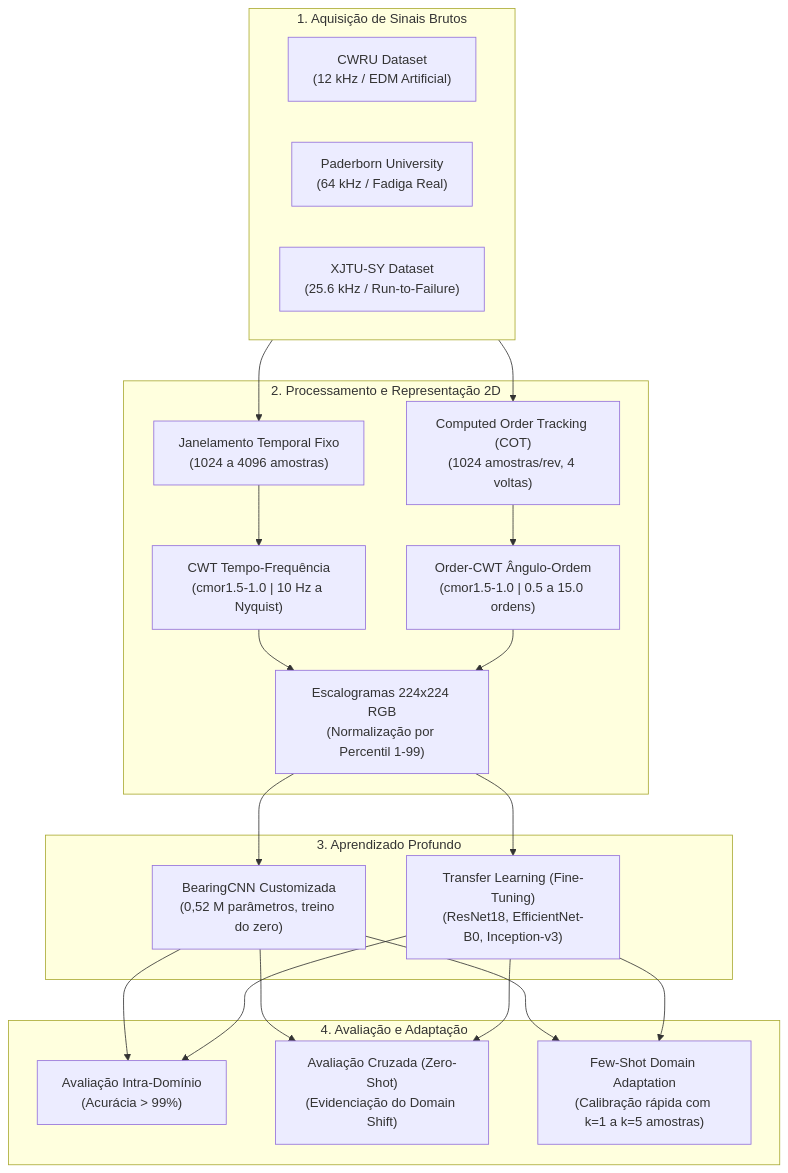
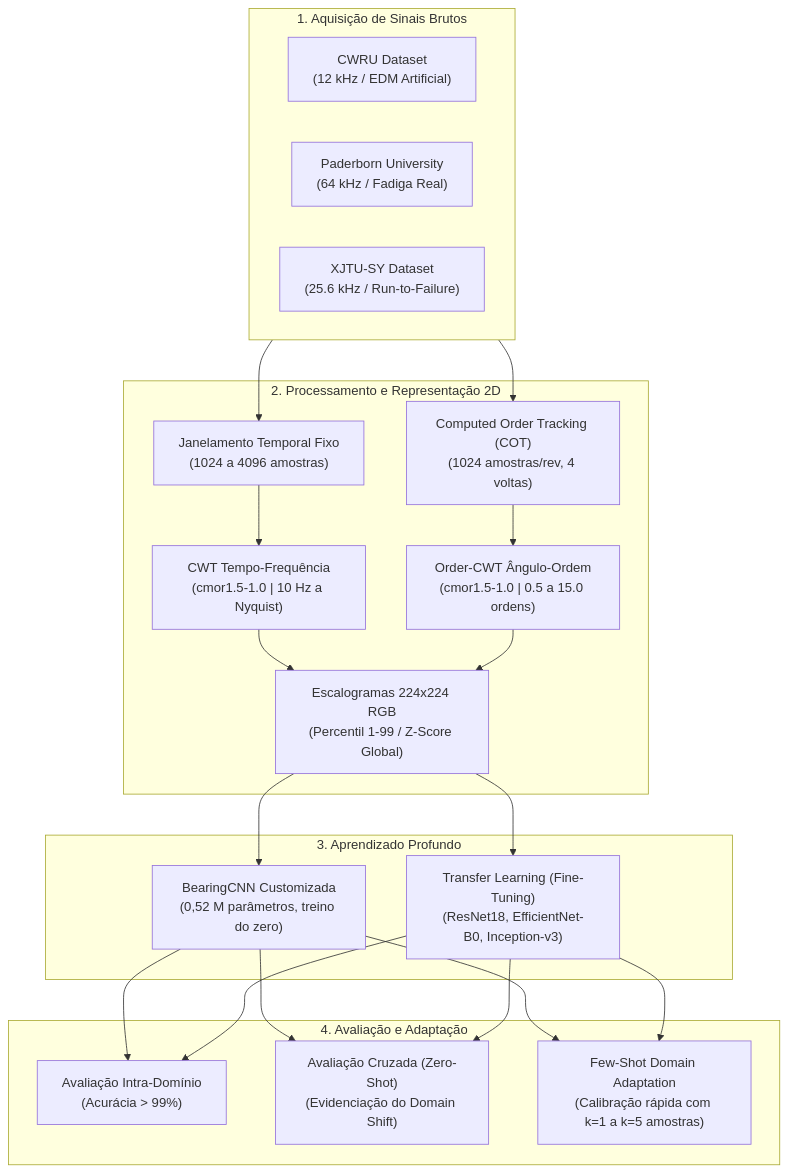
One commit to jvkauer/bearing-fault-diagnosis-cwt-cnn changed the diagram in README.md. Above: the diagram before and after it, drawn with Mermaid. The commit also changed 2 other files, not shown here.

Commit message:
chore: aceita str ou Path em data_dir nos DataLoaders e atualiza diagrama do README

````diff
--- a/README.md
+++ b/README.md
@@ -115,34 +115,34 @@
 ```mermaid
 flowchart TD
     subgraph Entrada["1. Aquisição de Sinais Brutos"]
         A1["CWRU Dataset<br/>(12 kHz / EDM Artificial)"]
         A2["Paderborn University<br/>(64 kHz / Fadiga Real)"]
         A3["XJTU-SY Dataset<br/>(25.6 kHz / Run-to-Failure)"]
     end
 
     subgraph Processamento["2. Processamento e Representação 2D"]
         B1["Janelamento Temporal Fixo<br/>(1024 a 4096 amostras)"]
         B2["Computed Order Tracking (COT)<br/>(1024 amostras/rev, 4 voltas)"]
         C1["CWT Tempo-Frequência<br/>(cmor1.5-1.0 | 10 Hz a Nyquist)"]
         C2["Order-CWT Ângulo-Ordem<br/>(cmor1.5-1.0 | 0.5 a 15.0 ordens)"]
-        D["Escalogramas 224x224 RGB<br/>(Normalização por Percentil 1-99)"]
+        D["Escalogramas 224x224 RGB<br/>(Percentil 1-99 / Z-Score Global)"]
     end
 
     subgraph Modelos["3. Aprendizado Profundo"]
         E1["BearingCNN Customizada<br/>(0,52 M parâmetros, treino do zero)"]
         E2["Transfer Learning (Fine-Tuning)<br/>(ResNet18, EfficientNet-B0, Inception-v3)"]
     end
 
     subgraph Avaliacao["4. Avaliação e Adaptação"]
         F1["Avaliação Intra-Domínio<br/>(Acurácia > 99%)"]
         F2["Avaliação Cruzada (Zero-Shot)<br/>(Evidenciação do Domain Shift)"]
         F3["Few-Shot Domain Adaptation<br/>(Calibração rápida com k=1 a k=5 amostras)"]
     end
 
     Entrada --> B1 & B2
     B1 --> C1
     B2 --> C2
     C1 & C2 --> D
     D --> E1 & E2
     E1 & E2 --> F1 & F2 & F3
 ```
````
